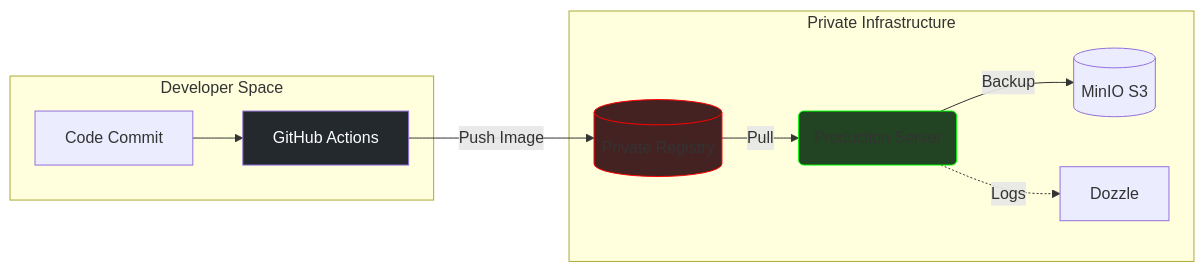
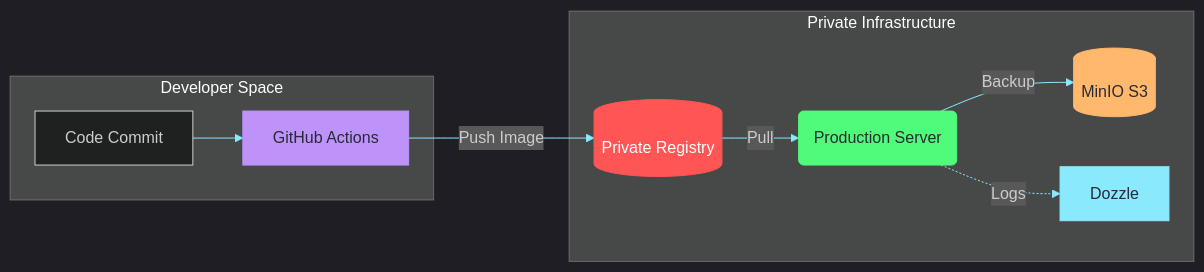
Before and after one commit to vinayaktyagi10/pbl_project: the second of 2 diagrams in slides.md, drawn with Mermaid. The commit also changed other lines of this file and 3 other files, not shown here.

````diff
--- a/slides.md
+++ b/slides.md
@@ -141,17 +145,20 @@
 ```mermaid
+%%{init: {'theme': 'dark', 'themeVariables': { 'primaryColor': '#bd93f9', 'lineColor': '#8be9fd', 'secondaryColor': '#50fa7b', 'tertiaryColor': '#ff79c6'}}}%%
 graph LR
     subgraph Dev [Developer Space]
     A[Code Commit] --> B[GitHub Actions]
     end
 
     subgraph Infra [Private Infrastructure]
     B -->|Push Image| C[(Private Registry)]
     C -->|Pull| D(Production Server)
     D -->|Backup| E[(MinIO S3)]
     D -.->|Logs| F[Dozzle]
     end
 
-    style B fill:#24292e,color:#fff
-    style C fill:#442222,stroke:#f00
-    style D fill:#224422,stroke:#0f0
+    style B fill:#bd93f9,color:#282a36,stroke:#bd93f9
+    style C fill:#ff5555,color:#fff,stroke:#ff5555
+    style D fill:#50fa7b,color:#282a36,stroke:#50fa7b
+    style E fill:#ffb86c,color:#282a36,stroke:#ffb86c
+    style F fill:#8be9fd,color:#282a36,stroke:#8be9fd
 ```
````
